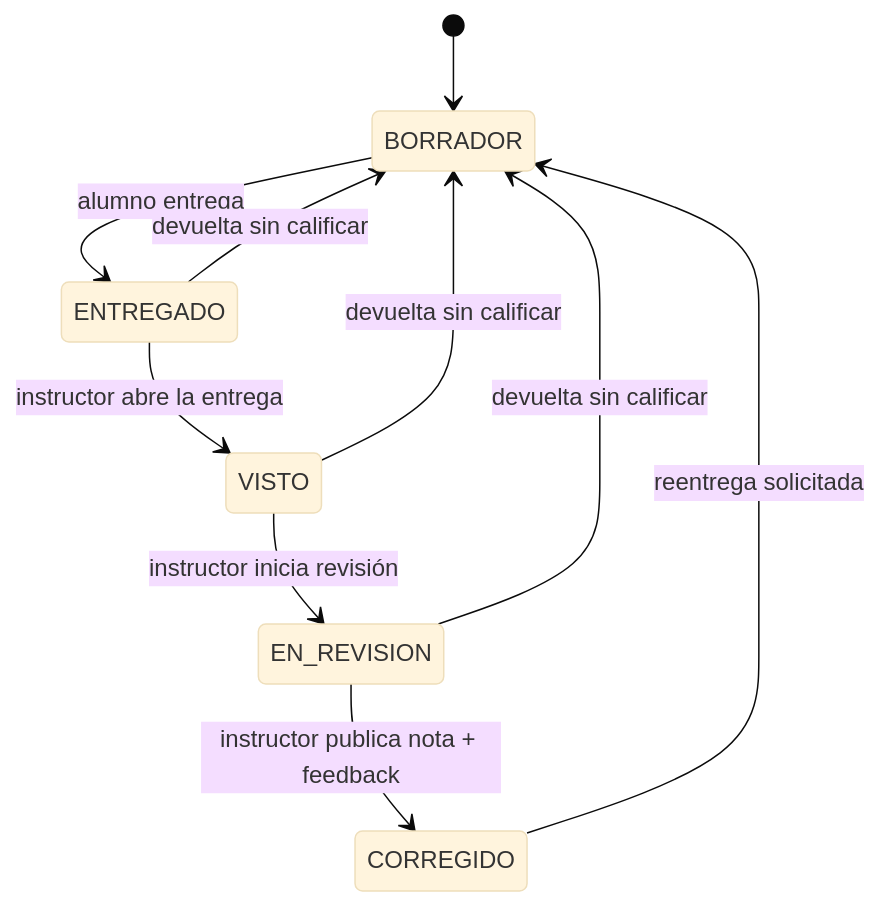
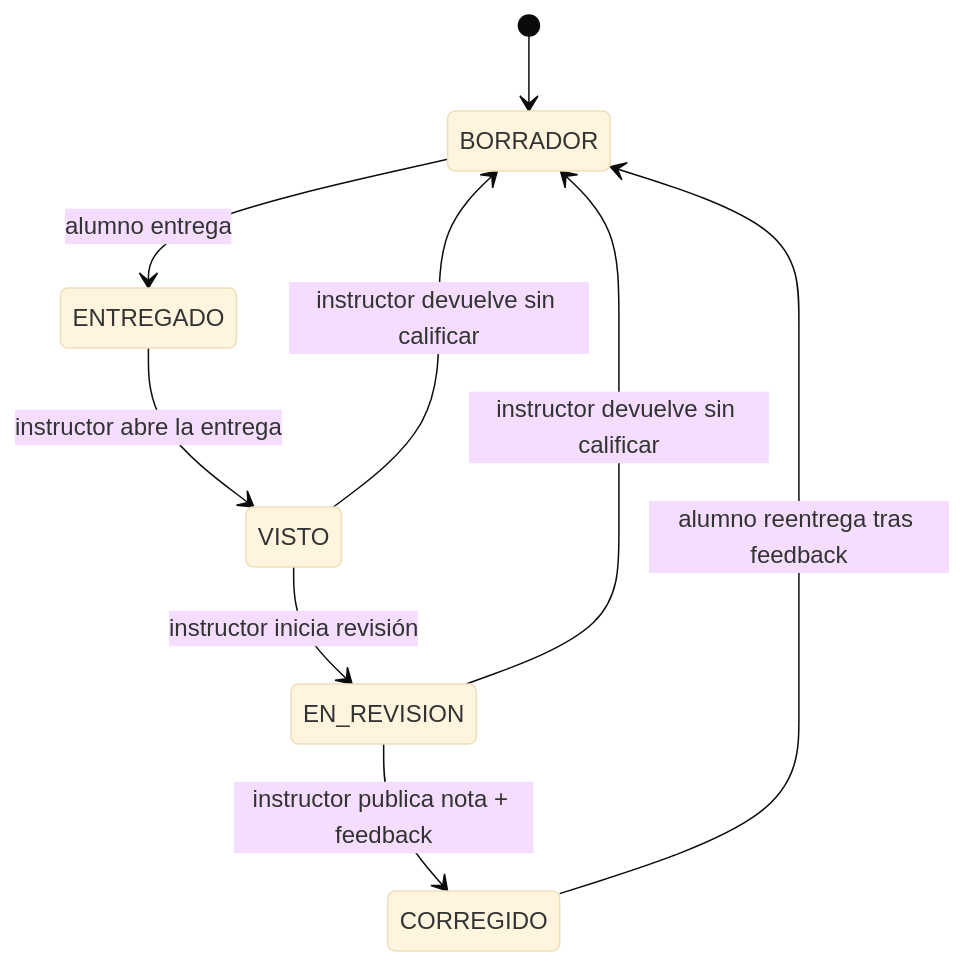
Before and after one commit to daviniadelarosa/api-spring-boot: the second of 3 diagrams in docs/design.md, drawn with Mermaid (base theme). The commit also changed other lines of this file, not shown here.

Commit message:
Los Instructores pueden ver entregas, devolver a borrador y corregir

````diff
--- a/docs/design.md
+++ b/docs/design.md
@@ -47,12 +47,11 @@
 ```mermaid
 stateDiagram-v2
     [*] --> BORRADOR
     BORRADOR --> ENTREGADO : alumno entrega
     ENTREGADO --> VISTO : instructor abre la entrega
     VISTO --> EN_REVISION : instructor inicia revisión
     EN_REVISION --> CORREGIDO : instructor publica nota + feedback
-    CORREGIDO --> BORRADOR : reentrega solicitada
-    ENTREGADO --> BORRADOR : devuelta sin calificar
-    VISTO --> BORRADOR : devuelta sin calificar
-    EN_REVISION --> BORRADOR : devuelta sin calificar
+    CORREGIDO --> BORRADOR : alumno reentrega tras feedback
+    VISTO --> BORRADOR : instructor devuelve sin calificar
+    EN_REVISION --> BORRADOR : instructor devuelve sin calificar
 ```
````
